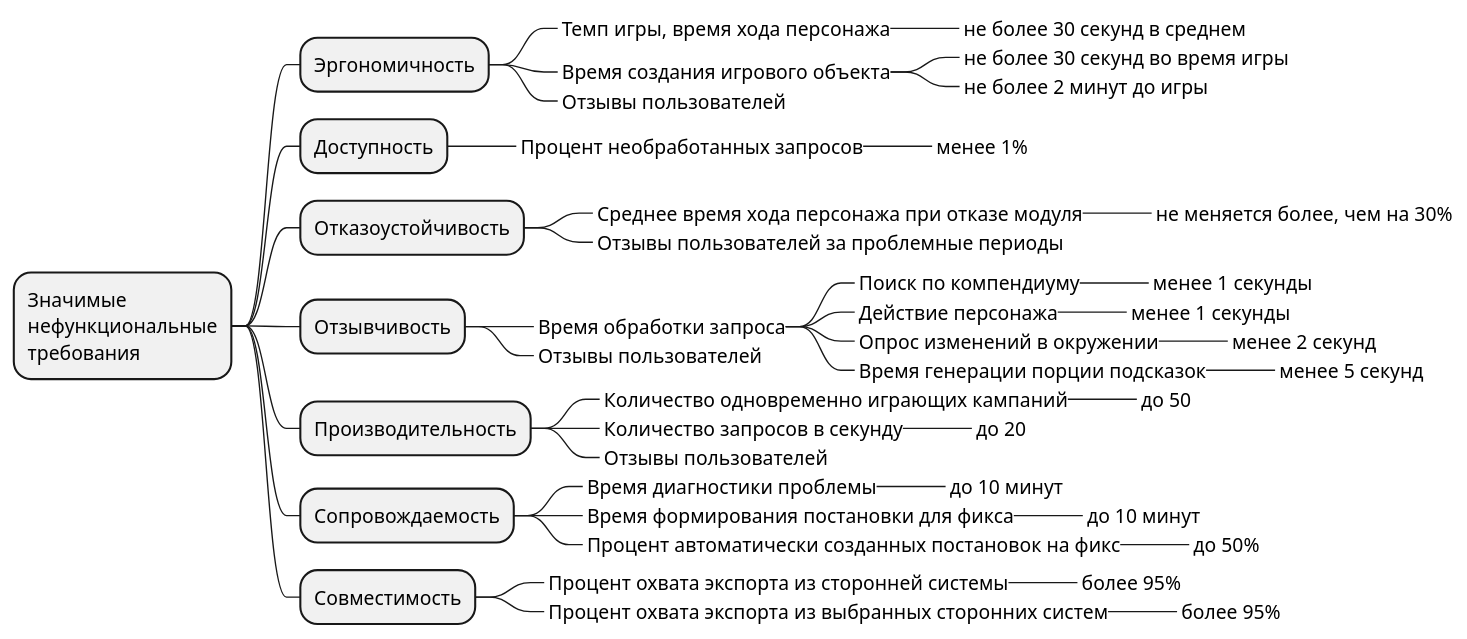
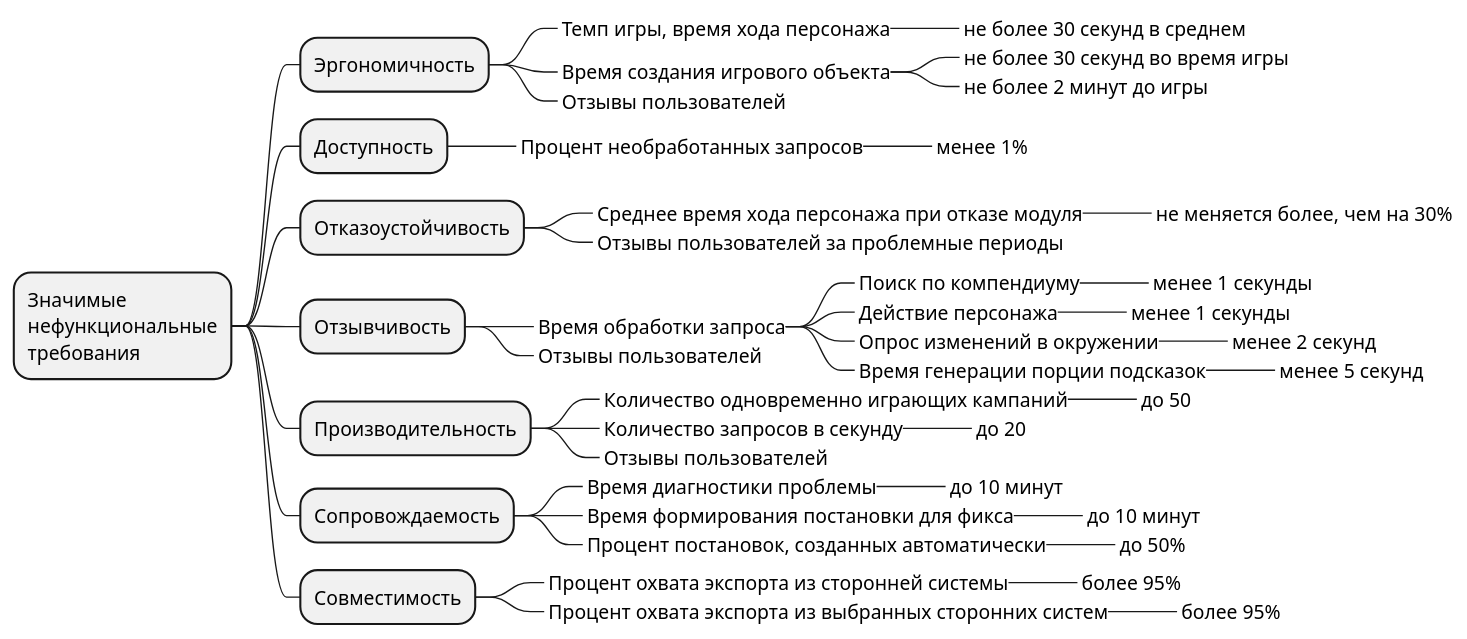
The diagram in chart/nfr_tree.puml (butakovmv/d20e_arch), drawn with PlantUML before and after one commit. The commit also changed 8 other files, not shown here.

```diff
--- a/chart/nfr_tree.puml
+++ b/chart/nfr_tree.puml
@@ -1,46 +1,46 @@
 @startmindmap
 * Значимые\nнефункциональные\nтребования
 ** Эргономичность
 ***_ Темп игры, время хода персонажа
 ****_ не более 30 секунд в среднем
 ***_ Время создания игрового объекта
 ****_ не более 30 секунд во время игры
 ****_ не более 2 минут до игры
 ***_ Отзывы пользователей
 ** Доступность
 ***_ Процент необработанных запросов
 ****_ менее 1%
 ** Отказоустойчивость
 ***_ Среднее время хода персонажа при отказе модуля
 ****_ не меняется более, чем на 30%
 ***_ Отзывы пользователей за проблемные периоды
 ** Отзывчивость
 ***_ Время обработки запроса
 ****_ Поиск по компендиуму
 *****_ менее 1 секунды
 ****_ Действие персонажа
 *****_ менее 1 секунды
 ****_ Опрос изменений в окружении
 *****_ менее 2 секунд
 ****_ Время генерации порции подсказок
 *****_ менее 5 секунд
 ***_ Отзывы пользователей
 ** Производительность
 ***_ Количество одновременно играющих кампаний
 ****_ до 50
 ***_ Количество запросов в секунду
 ****_ до 20
 ***_ Отзывы пользователей
 ** Сопровождаемость
 ***_ Время диагностики проблемы
 ****_ до 10 минут
 ***_ Время формирования постановки для фикса
 ****_ до 10 минут
-***_ Процент автоматически созданных постановок на фикс
+***_ Процент постановок, созданных автоматически
 ****_ до 50%
 ** Совместимость
 ***_ Процент охвата экспорта из сторонней системы
 ****_ более 95%
 ***_ Процент охвата экспорта из выбранных сторонних систем
 ****_ более 95%
 @endmindmap
```
